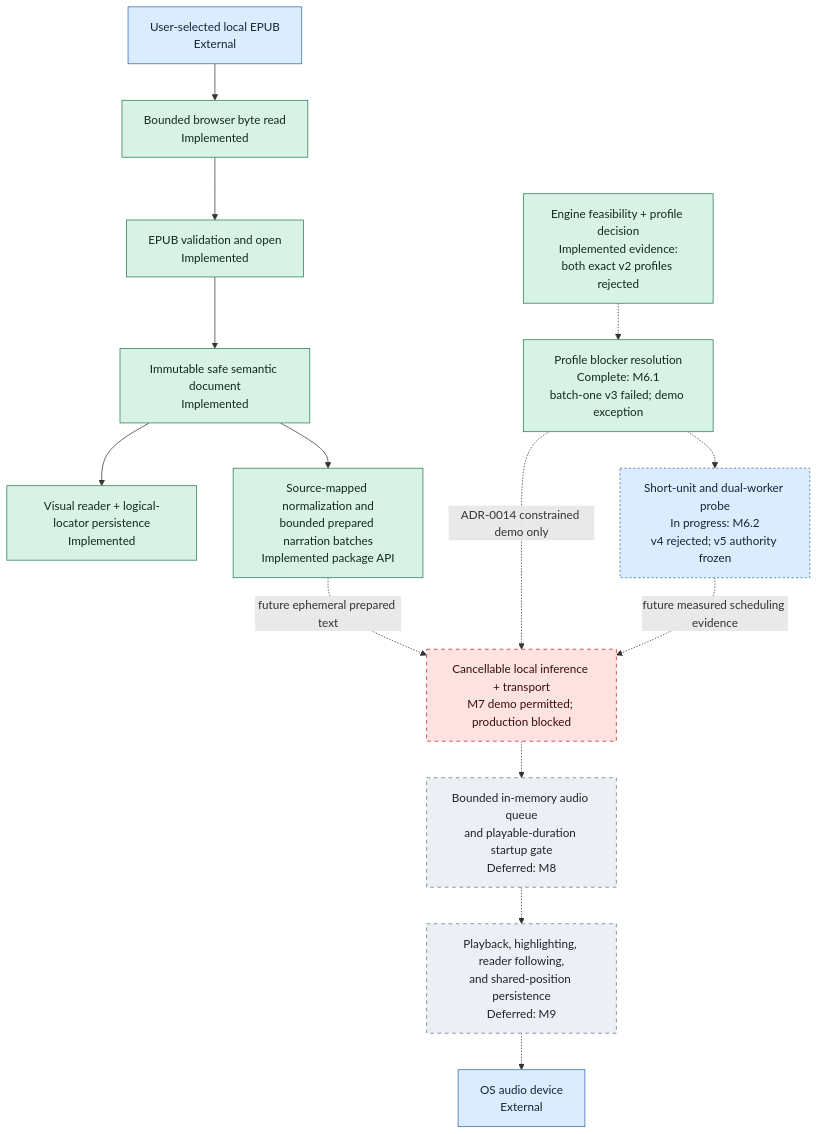
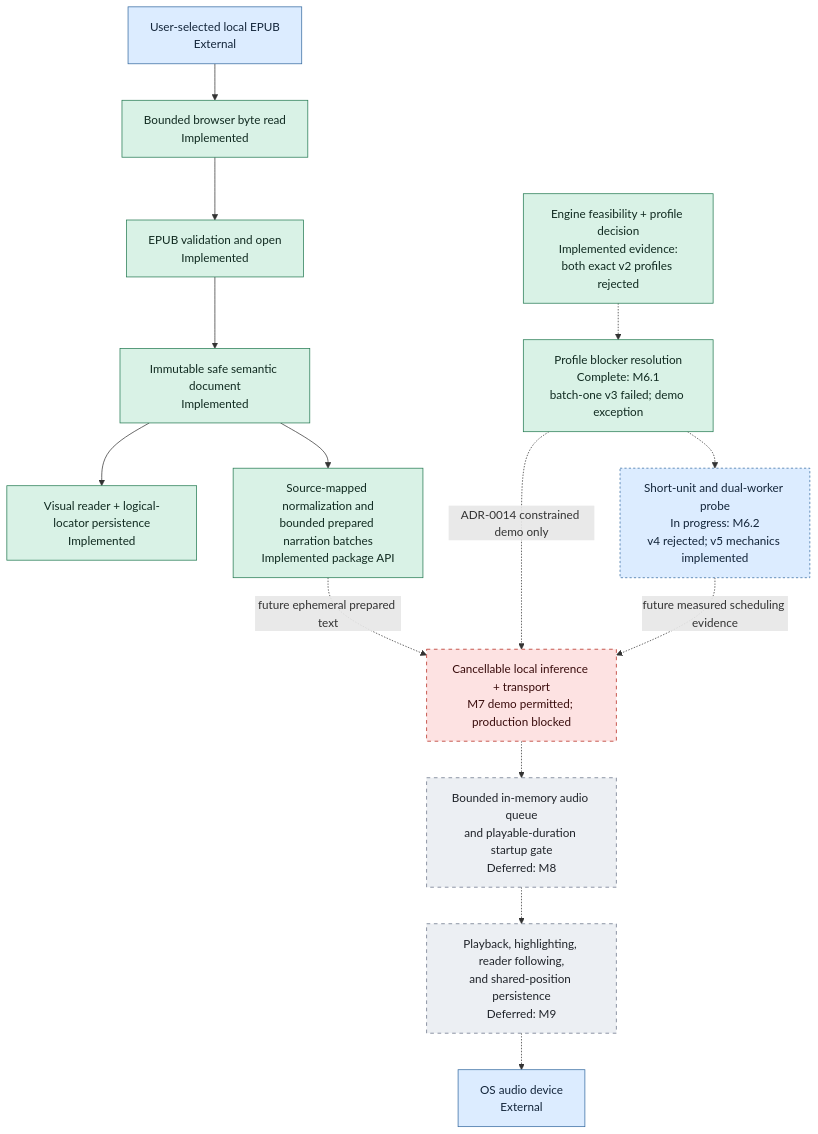
The second of 2 diagrams in docs/architecture/system-diagram.md (mmjosedaniel/voxleaf), drawn with Mermaid before and after one commit. The commit also changed other lines of this file and 27 other files, not shown here.

First line of the commit message:
Implement Milestone 7 dual-worker benchmark mechanics (#110)

````diff
--- a/docs/architecture/system-diagram.md
+++ b/docs/architecture/system-diagram.md
@@ -107,34 +107,34 @@
 ```mermaid
 flowchart TD
     classDef implemented fill:#d9f2e6,stroke:#247a52,color:#102a20
     classDef progress fill:#dcecff,stroke:#356aa0,color:#13253a,stroke-dasharray: 3 3
     classDef planned fill:#fff0c7,stroke:#9a6b00,color:#332400,stroke-dasharray: 5 5
     classDef blocked fill:#fde2e2,stroke:#b42318,color:#3a0d0d,stroke-dasharray: 5 5
     classDef deferred fill:#eceff3,stroke:#667085,color:#20242a,stroke-dasharray: 5 5
     classDef external fill:#dcecff,stroke:#356aa0,color:#13253a
 
     FILE["User-selected local EPUB<br/>External"]:::external
     READ["Bounded browser byte read<br/>Implemented"]:::implemented
     OPEN["EPUB validation and open<br/>Implemented"]:::implemented
     SAFE["Immutable safe semantic document<br/>Implemented"]:::implemented
     VISUAL["Visual reader + logical-locator persistence<br/>Implemented"]:::implemented
     PREP["Source-mapped normalization and<br/>bounded prepared narration batches<br/>Implemented package API"]:::implemented
     PROFILE["Engine feasibility + profile decision<br/>Implemented evidence:<br/>both exact v2 profiles rejected"]:::implemented
     NEXT_PROFILE["Profile blocker resolution<br/>Complete: M6.1<br/>batch-one v3 failed; demo exception"]:::implemented
-    BATCH_PROBE["Short-unit and dual-worker probe<br/>In progress: M6.2<br/>v4 rejected; v5 authority frozen"]:::progress
+    BATCH_PROBE["Short-unit and dual-worker probe<br/>In progress: M6.2<br/>v4 rejected; v5 mechanics implemented"]:::progress
     INFER["Cancellable local inference + transport<br/>M7 demo permitted; production blocked"]:::blocked
     BUFFER["Bounded in-memory audio queue<br/>and playable-duration startup gate<br/>Deferred: M8"]:::deferred
     FOLLOW["Playback, highlighting, reader following,<br/>and shared-position persistence<br/>Deferred: M9"]:::deferred
     DEVICE["OS audio device<br/>External"]:::external
 
     FILE --> READ --> OPEN --> SAFE --> VISUAL
     SAFE --> PREP
     PREP -.->|"future ephemeral prepared text"| INFER
     PROFILE -.-> NEXT_PROFILE
     NEXT_PROFILE -.-> BATCH_PROBE
     NEXT_PROFILE -.->|"ADR-0014 constrained demo only"| INFER
     BATCH_PROBE -.->|"future measured scheduling evidence"| INFER
     INFER -.-> BUFFER
     BUFFER -.-> FOLLOW
     FOLLOW -.-> DEVICE
 ```
````
